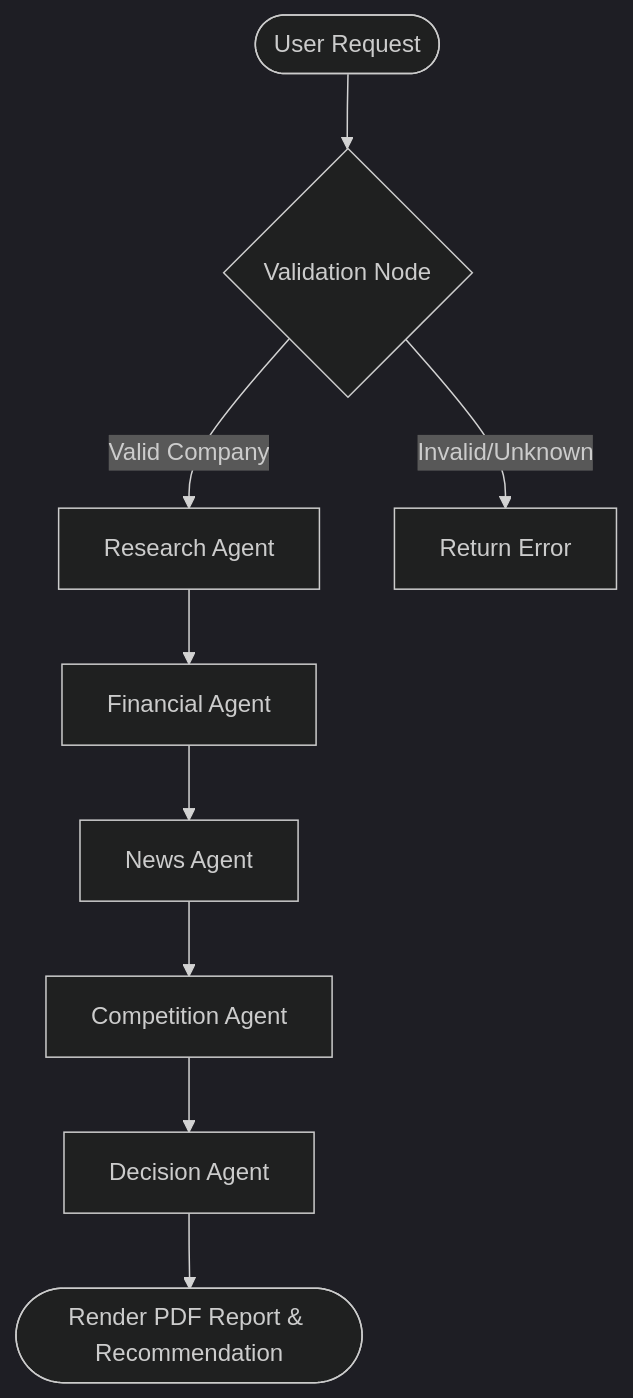
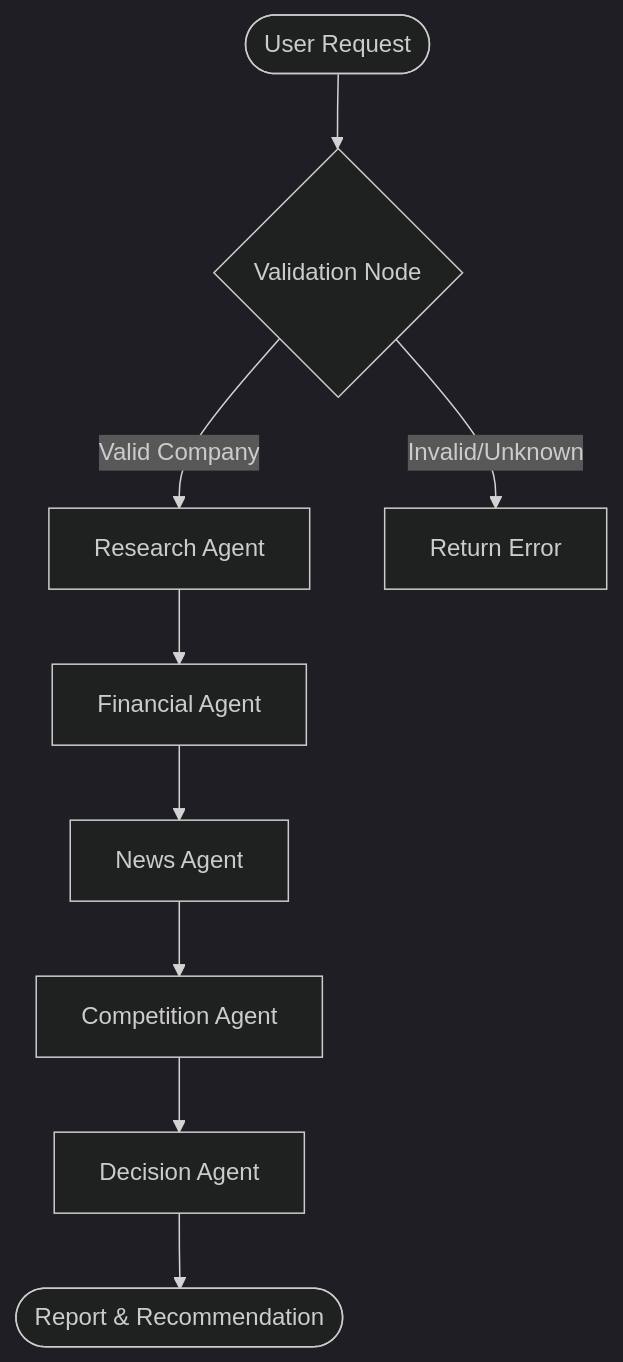
The diagram in README.md (abhishek14311431/AI-Product-Development-Engineer-intern-assignment), drawn with Mermaid (dark theme) before and after one commit.

````diff
--- a/README.md
+++ b/README.md
@@ -83,11 +83,11 @@
 ```mermaid
 flowchart TD
     Start([User Request]) --> Validate{Validation Node}
     Validate -- Valid Company --> A[Research Agent]
     Validate -- Invalid/Unknown --> Fail[Return Error]
     A --> B[Financial Agent]
     B --> C[News Agent]
     C --> D[Competition Agent]
     D --> E[Decision Agent]
-    E --> End([Render PDF Report & Recommendation])
+    E --> End([Report & Recommendation])
 ```
````
